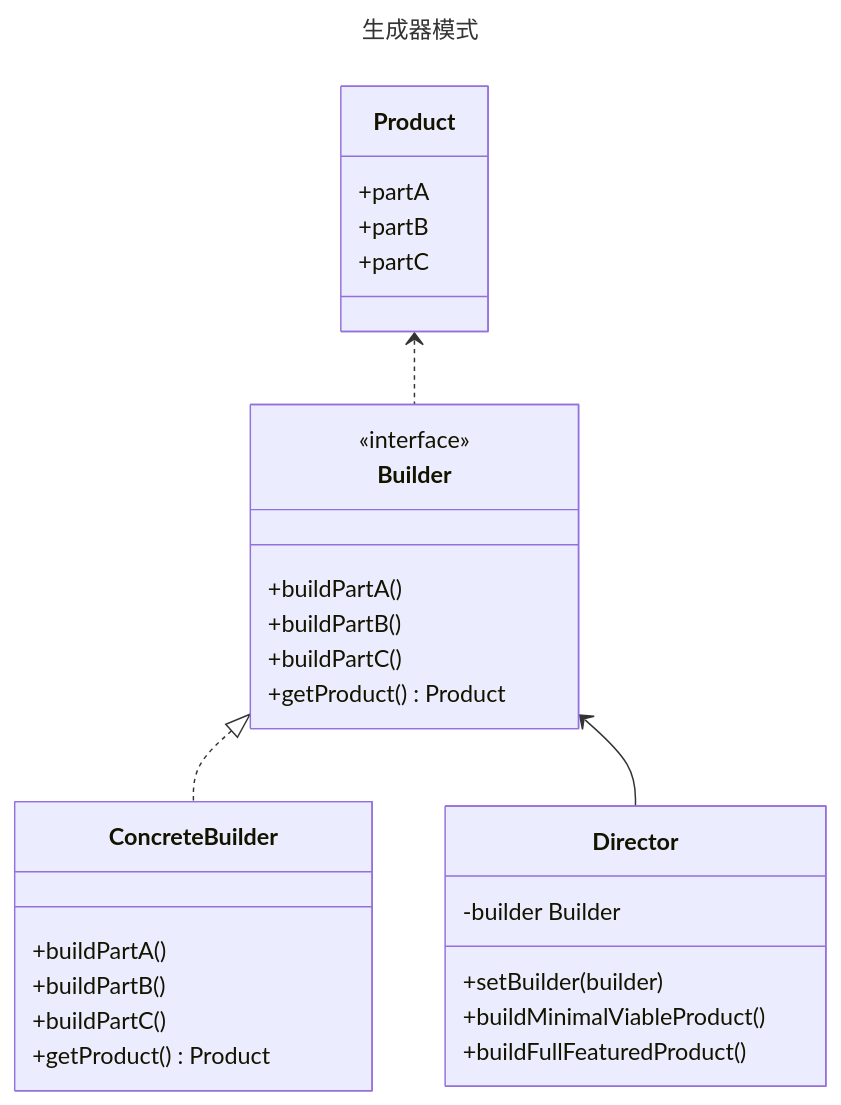
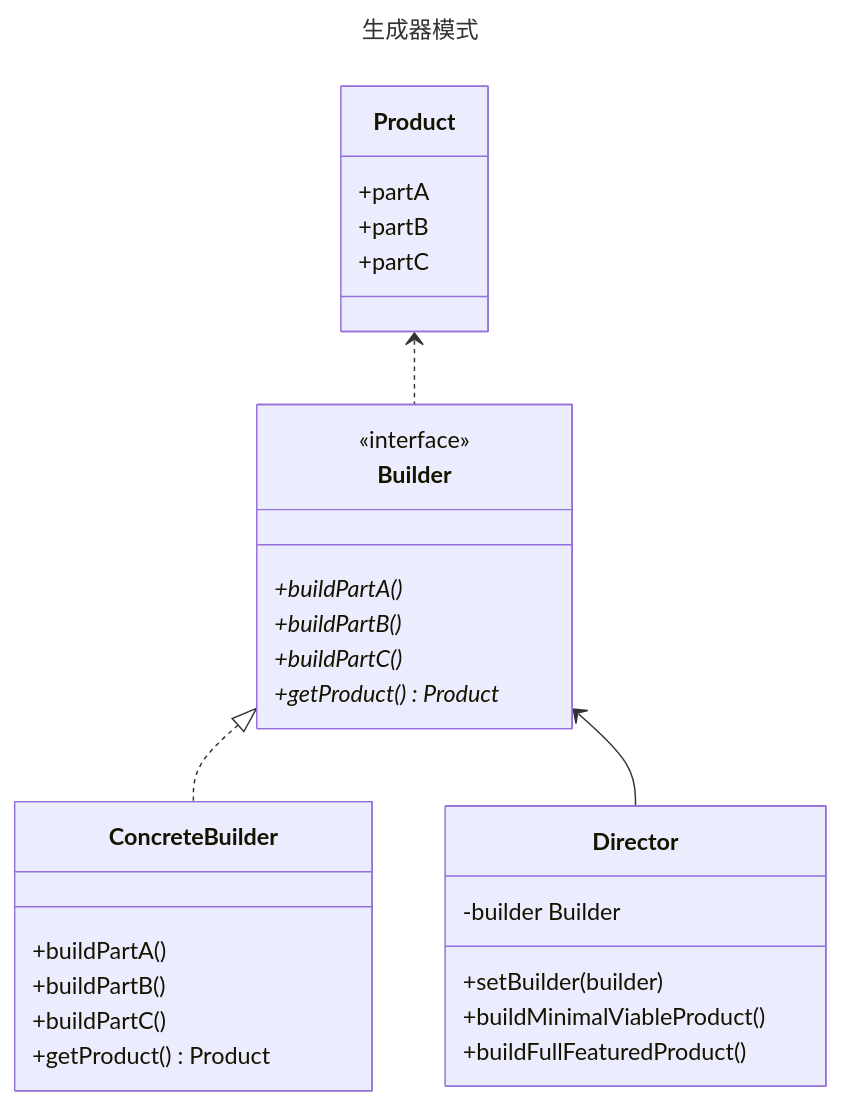
Before and after one commit to fengyun89/typescript-design-patterns: the diagram in builder/README.md, drawn with Mermaid. The commit also changed 22 other files, not shown here.

Commit message:
结构型模式类图

````diff
--- a/builder/README.md
+++ b/builder/README.md
@@ -1,33 +1,33 @@
 ```mermaid
 ---
 title: 生成器模式
 ---
 classDiagram
     class Product {
         +partA
         +partB
         +partC
     }
     class Builder {
         <<interface>>
-        +buildPartA()
-        +buildPartB()
-        +buildPartC()
-        +getProduct() Product
+        +buildPartA()*
+        +buildPartB()*
+        +buildPartC()*
+        +getProduct()* Product
     }
     class ConcreteBuilder {
         +buildPartA()
         +buildPartB()
         +buildPartC()
         +getProduct() Product
     }
     class Director {
         -builder Builder
         +setBuilder(builder)
         +buildMinimalViableProduct()
         +buildFullFeaturedProduct()
     }
     Product <.. Builder
     Builder <|.. ConcreteBuilder
     Builder <-- Director
 ```
````
